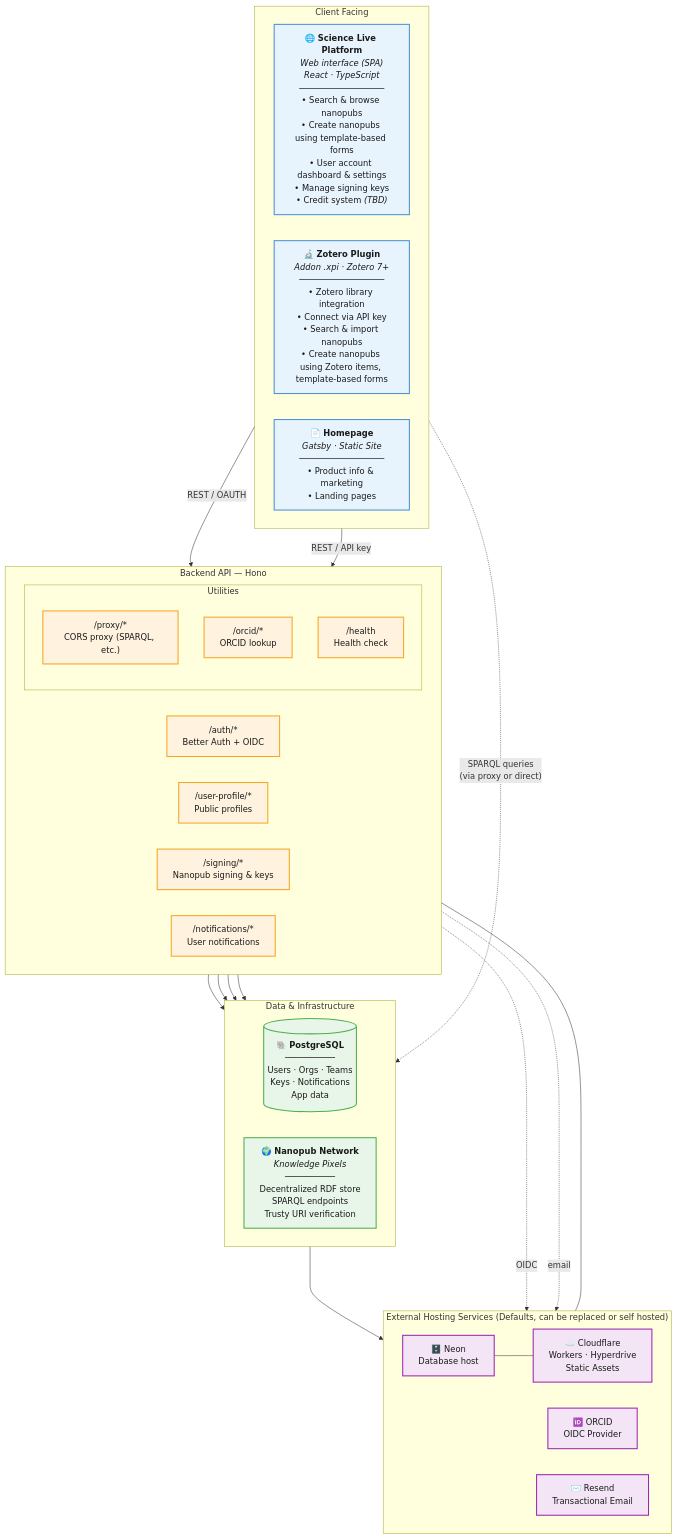
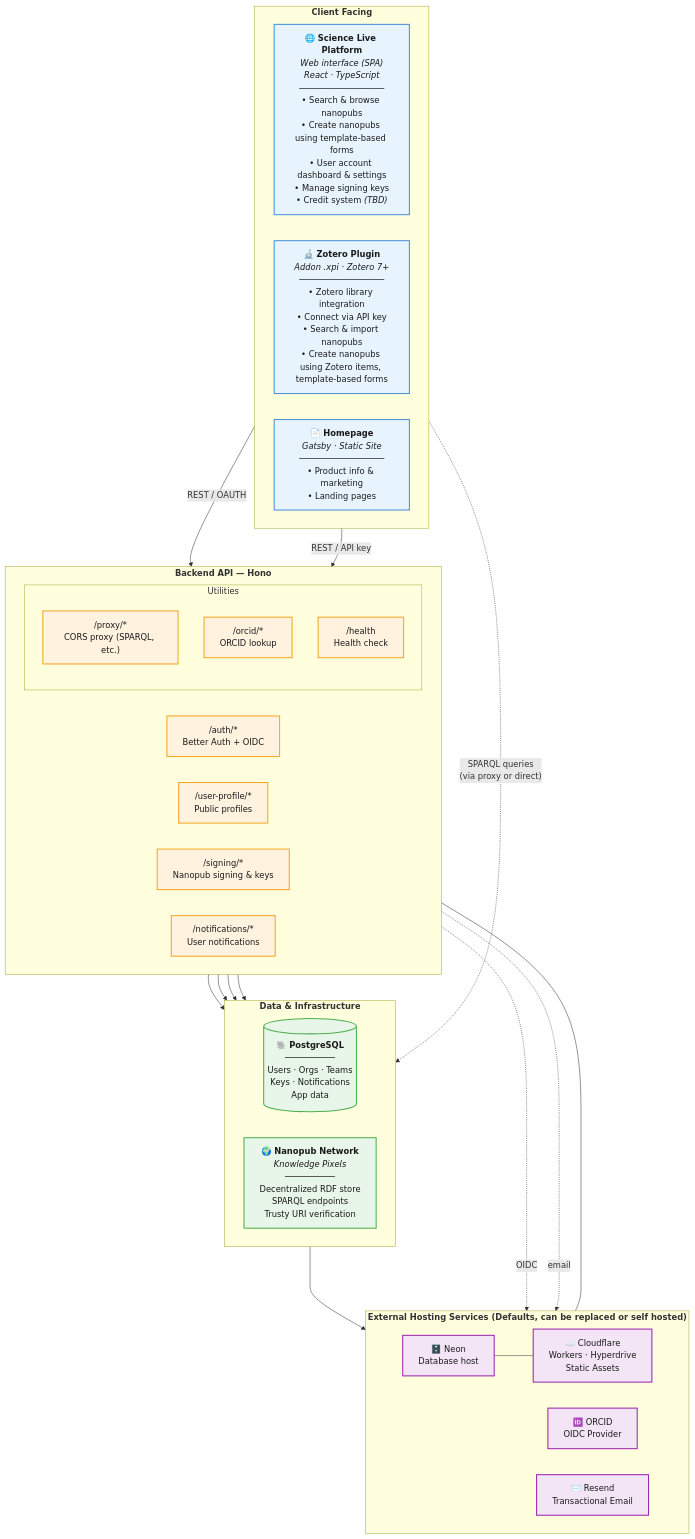
One commit to ScienceLiveHub/science-live-platform changed the diagram in README.md. Above: the diagram before and after it, drawn with Mermaid.

Commit message:
chore(docs): minor formatting

````diff
--- a/README.md
+++ b/README.md
@@ -56,66 +56,68 @@
 ```mermaid
 graph TB
   %% ── Client layer ──────────────────────────────────────────
   subgraph clients ["Client Facing"]
     direction LR
     frontend["🌐 <b>Science Live Platform</b><br/><i>Web interface (SPA)</br>React · TypeScript</i><br/>─────────────────<br/>• Search &amp; browse nanopubs<br/>• Create nanopubs using template-based forms<br/>• User account dashboard &amp; settings<br/>• Manage signing keys<br/>• Credit system <i>(TBD)</i>"]
     zotero["🔬 <b>Zotero Plugin</b><br/><i>Addon .xpi · Zotero 7+</i><br/>─────────────────<br/>• Zotero library integration<br/>• Connect via API key<br/>• Search &amp; import nanopubs<br/>• Create nanopubs using Zotero items, template-based forms"]
     homepage["📄 <b>Homepage</b><br/><i>Gatsby · Static Site</i><br/>─────────────────<br/>• Product info &amp; marketing<br/>• Landing pages"]
   end
 
   %% ── API layer ─────────────────────────────────────────────
   subgraph api ["Backend API — Hono"]
     direction LR
     auth["/auth/*<br/>Better Auth + OIDC"]
     profile["/user-profile/*<br/>Public profiles"]
     sign["/signing/*<br/>Nanopub signing &amp; keys"]
     notif["/notifications/*<br/>User notifications"]
     subgraph utils ["Utilities"]
       prxy["/proxy/*<br/>CORS proxy (SPARQL, etc.)"]
       orc["/orcid/*<br/>ORCID lookup"]
       hlth["/health<br/>Health check"]
     end
   end
 
   %% ── Data layer ────────────────────────────────────────────
   subgraph data ["Data &amp; Infrastructure"]
     direction LR
     pg[("🐘 <b>PostgreSQL</b><br/>──────────<br/>Users · Orgs · Teams<br/>Keys · Notifications<br/>App data")]
     nanopub["🌍 <b>Nanopub Network</b><br/><i>Knowledge Pixels</i><br/>──────────<br/>Decentralized RDF store<br/>SPARQL endpoints<br/>Trusty URI verification"]
   end
 
   %% ── External Hosting Services ─────────────────────────────────────
   subgraph ext ["External Hosting Services (Defaults, can be replaced or self hosted)"]
     direction LR
     cf["☁️ Cloudflare<br/>Workers · Hyperdrive<br/>Static Assets"]
     neon["🗄️ Neon<br/>Database host"]
     orcid["🆔 ORCID<br/>OIDC Provider"]
     resend["✉️ Resend<br/>Transactional Email"]
   end
 
   %% ── Connections ───────────────────────────────────────────
   frontend -- "REST / OAUTH" --> api
   zotero -- "REST / API key" --> api
   frontend -. "SPARQL queries<br/>(via proxy or direct)" .-> nanopub
 
   auth --> pg
   profile --> pg
   sign --> pg
   notif --> pg
   auth -. "OIDC" .-> orcid
   auth -. "email" .-> resend
   api --- cf
   pg ---> neon
   neon --- cf
 
   %% ── Styles ────────────────────────────────────────────────
   classDef clientBox fill:#e8f4fd,stroke:#4a90d9,stroke-width:2px,color:#1a1a1a
   classDef apiBox fill:#fff3e0,stroke:#f5a623,stroke-width:2px,color:#1a1a1a
   classDef dataBox fill:#e8f5e9,stroke:#4caf50,stroke-width:2px,color:#1a1a1a
   classDef extBox fill:#f3e5f5,stroke:#9c27b0,stroke-width:2px,color:#1a1a1a
+  classDef mainBox font-weight:bold
 
   class frontend,zotero,homepage clientBox
   class auth,profile,sign,notif,prxy,orc,hlth apiBox
   class pg,nanopub dataBox
   class cf,neon,orcid,resend extBox
+  class clients,api,data,ext mainBox
 ```
````
